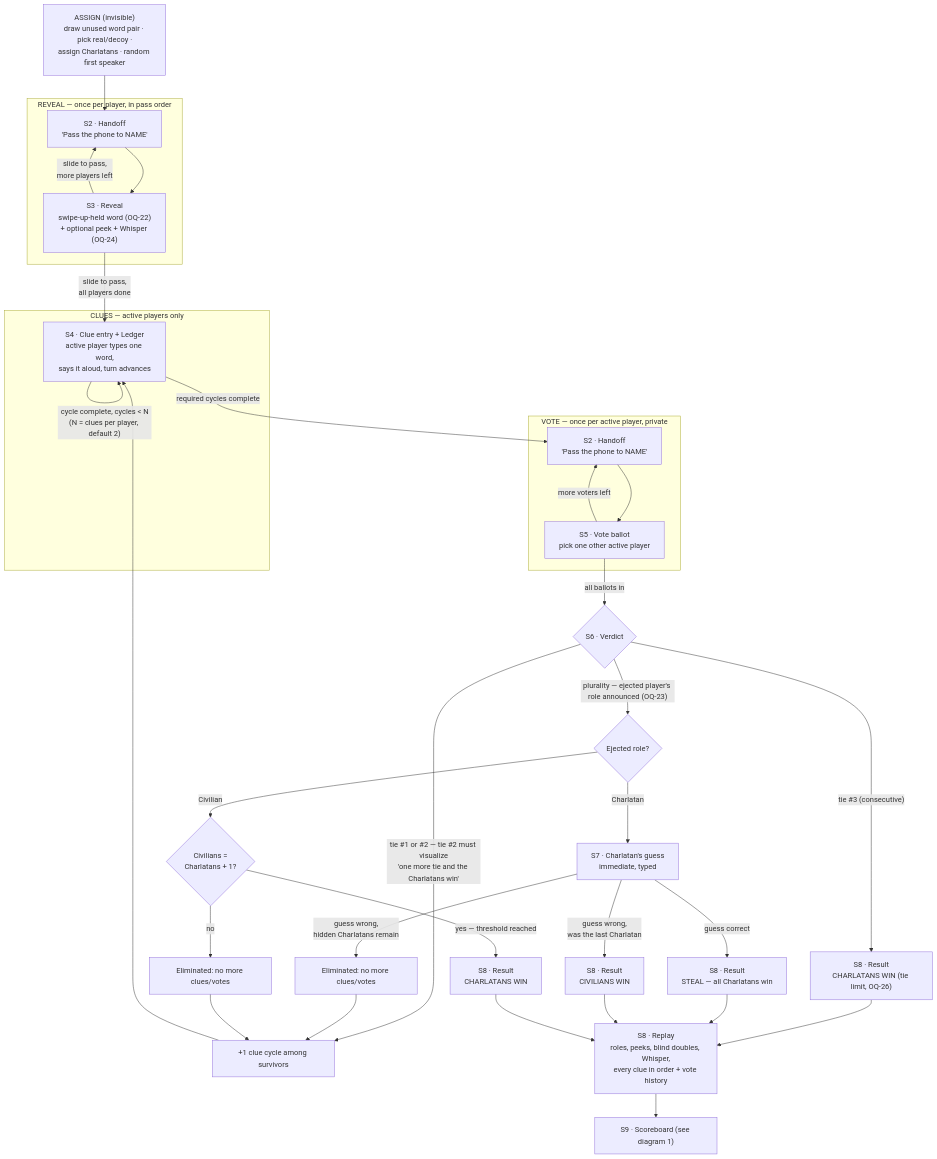
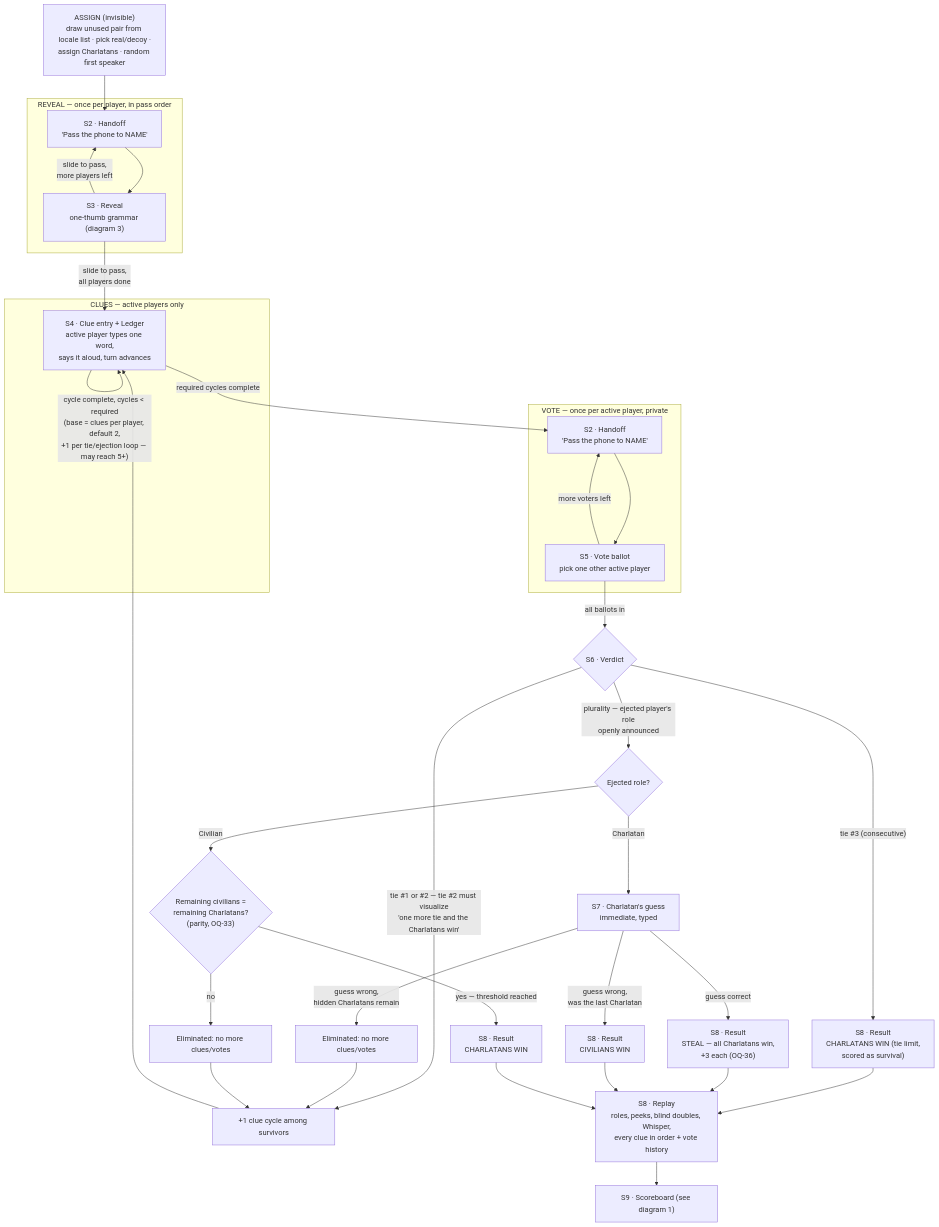
One commit to jalieven/charlatan changed the second of 4 diagrams in docs/02-flows.md. Above: the diagram before and after it, drawn with Mermaid. The commit also changed other lines of this file and 4 other files, not shown here.

````diff
--- a/docs/02-flows.md
+++ b/docs/02-flows.md
@@ -28,42 +31,42 @@
 ```mermaid
 flowchart TD
-    Assign["ASSIGN (invisible)<br/>draw unused word pair · pick real/decoy ·<br/>assign Charlatans · random first speaker"]
+    Assign["ASSIGN (invisible)<br/>draw unused pair from locale list · pick real/decoy ·<br/>assign Charlatans · random first speaker"]
     Assign --> H1["S2 · Handoff<br/>'Pass the phone to NAME'"]
 
     subgraph RevealLoop["REVEAL — once per player, in pass order"]
-        H1 --> S3["S3 · Reveal<br/>swipe-up-held word (OQ-22)<br/>+ optional peek + Whisper (OQ-24)"]
+        H1 --> S3["S3 · Reveal<br/>one-thumb grammar (diagram 3)"]
         S3 -->|slide to pass,<br/>more players left| H1
     end
     S3 -->|slide to pass,<br/>all players done| Clues
 
     subgraph ClueLoop["CLUES — active players only"]
         Clues["S4 · Clue entry + Ledger<br/>active player types one word,<br/>says it aloud, turn advances"]
-        Clues -->|"cycle complete, cycles < N<br/>(N = clues per player, default 2)"| Clues
+        Clues -->|"cycle complete, cycles < required<br/>(base = clues per player, default 2,<br/>+1 per tie/ejection loop — may reach 5+)"| Clues
     end
     Clues -->|required cycles complete| H2["S2 · Handoff<br/>'Pass the phone to NAME'"]
 
     subgraph VoteLoop["VOTE — once per active player, private"]
         H2 --> S5["S5 · Vote ballot<br/>pick one other active player"]
         S5 -->|more voters left| H2
     end
     S5 -->|all ballots in| S6{"S6 · Verdict"}
 
     S6 -->|"tie #1 or #2 — tie #2 must visualize<br/>'one more tie and the Charlatans win'"| ExtraClue["+1 clue cycle among survivors"] --> Clues
-    S6 -->|"tie #3 (consecutive)"| ResultTies["S8 · Result<br/>CHARLATANS WIN (tie limit, OQ-26)"]
-    S6 -->|"plurality — ejected player's role announced (OQ-23)"| Role{"Ejected role?"}
+    S6 -->|"tie #3 (consecutive)"| ResultTies["S8 · Result<br/>CHARLATANS WIN (tie limit,<br/>scored as survival)"]
+    S6 -->|"plurality — ejected player's role<br/>openly announced"| Role{"Ejected role?"}
 
     Role -->|Charlatan| Guess["S7 · Charlatan's guess<br/>immediate, typed"]
-    Guess -->|guess correct| ResultSteal["S8 · Result<br/>STEAL — all Charlatans win"]
+    Guess -->|guess correct| ResultSteal["S8 · Result<br/>STEAL — all Charlatans win,<br/>+3 each (OQ-36)"]
     Guess -->|"guess wrong,<br/>hidden Charlatans remain"| Eliminate1["Eliminated: no more clues/votes"] --> ExtraClue
     Guess -->|"guess wrong,<br/>was the last Charlatan"| ResultCiv["S8 · Result<br/>CIVILIANS WIN"]
 
-    Role -->|Civilian| Threshold{"Civilians =<br/>Charlatans + 1?"}
+    Role -->|Civilian| Threshold{"Remaining civilians =<br/>remaining Charlatans?<br/>(parity, OQ-33)"}
     Threshold -->|"yes — threshold reached"| ResultChar["S8 · Result<br/>CHARLATANS WIN"]
     Threshold -->|no| Eliminate2["Eliminated: no more clues/votes"] --> ExtraClue
 
     ResultTies --> Replay["S8 · Replay<br/>roles, peeks, blind doubles, Whisper,<br/>every clue in order + vote history"]
     ResultSteal --> Replay
     ResultCiv --> Replay
     ResultChar --> Replay
     Replay --> Score["S9 · Scoreboard (see diagram 1)"]
 ```
````
